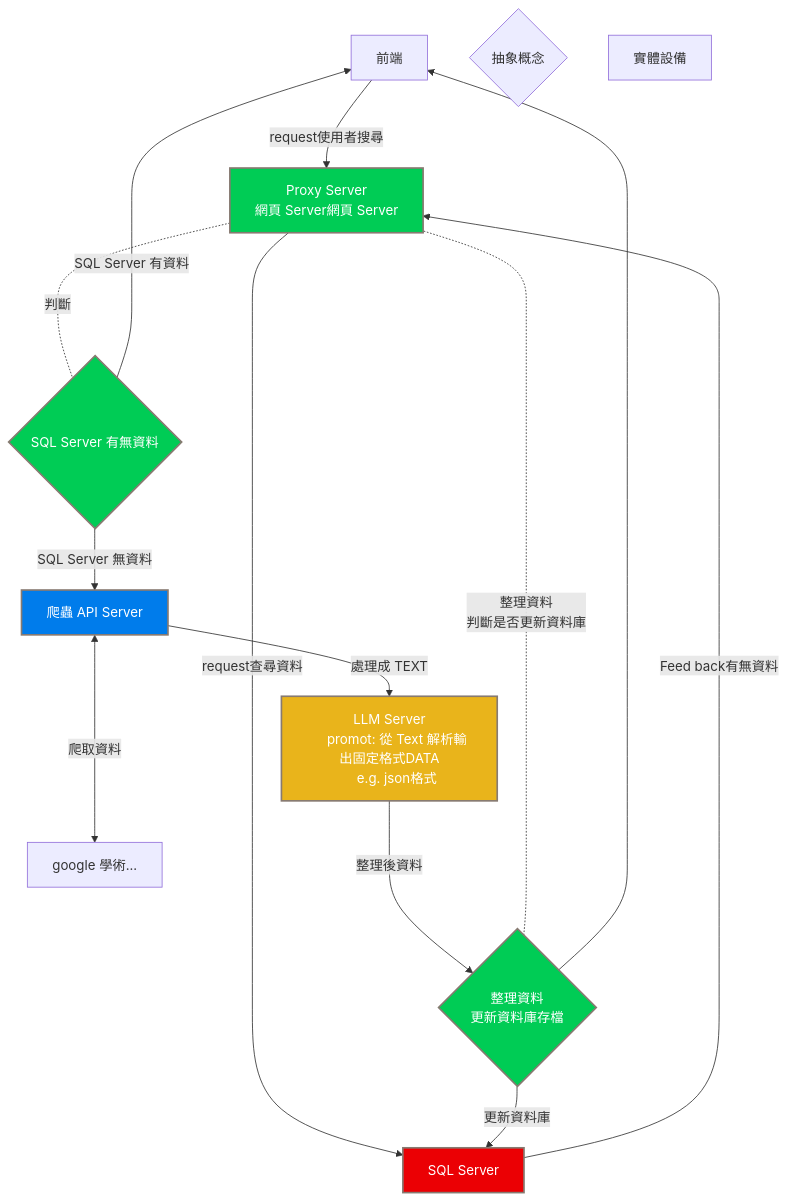
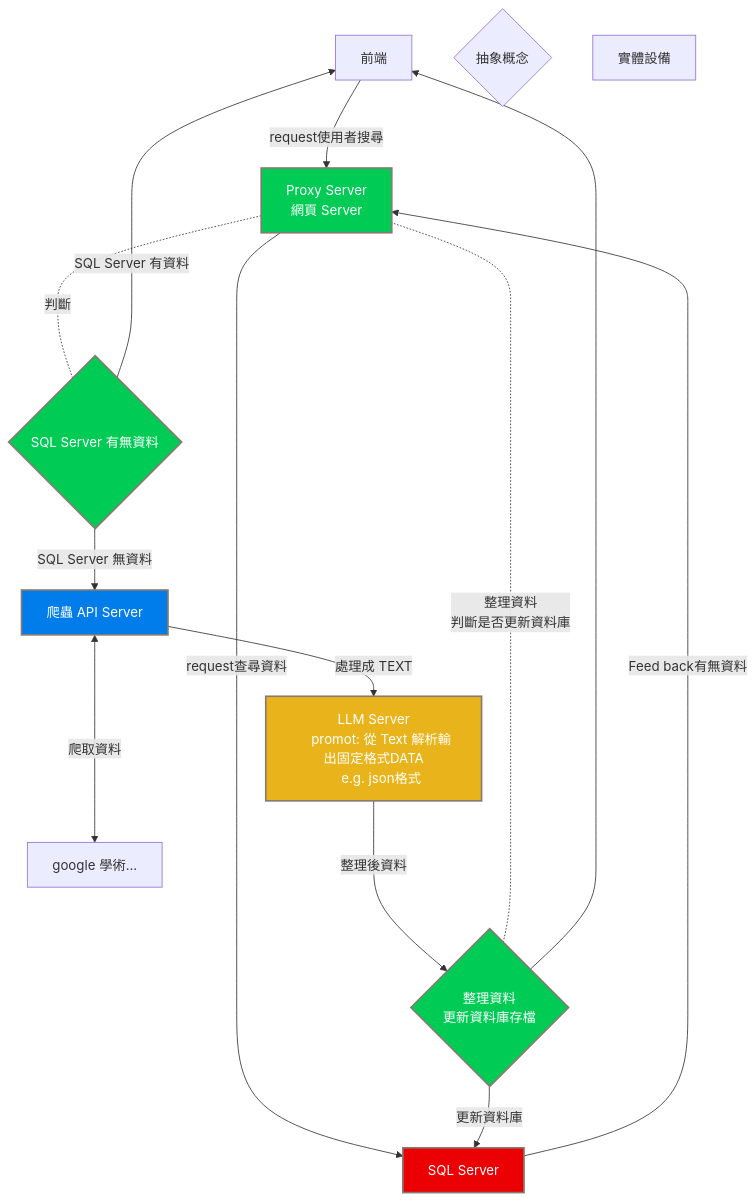
Before and after one commit to FUBUKINGFOX/promptdata: the second of 2 diagrams in README.md, drawn with Mermaid.

````diff
--- a/README.md
+++ b/README.md
@@ -22,37 +22,37 @@
 ```mermaid
 flowchart TD
 
     A[前端] -->|request使用者搜尋| B[Proxy Server
-    網頁 Server網頁 Server]
+    網頁 Server]
     B -->|request查尋資料| C[SQL Server]
     C -->|Feed back有無資料| B
     B -..- |判斷|D{SQL Server 有無資料}
     D -->|SQL Server 無資料|E[爬蟲 API Server]
     D -->|SQL Server 有資料| A
     E <--->|爬取資料| F[google 學術...]
     E --> |處理成 TEXT| G[LLM Server
     promot: 從 Text 解析輸出固定格式DATA
     e.g. json格式]
     G --->|整理後資料| H{整理資料
     更新資料庫存檔}
     H -.-|整理資料
     判斷是否更新資料庫| B
     H --> |更新資料庫|C
     H --> A
 
 
     
     style B fill:#00CC55, stroke:#877a71, stroke-width:2px, color:#ffffff
     style D fill:#00CC55, stroke:#877a71, stroke-width:2px, color:#ffffff
     style H fill:#00CC55, stroke:#877a71, stroke-width:2px, color:#ffffff
 
     
     style G fill:#e9b41b, stroke:#877a71, stroke-width:2px, color:#ffffff
 
     style C fill:#EB0004, stroke:#877a71, stroke-width:2px, color:#ffffff
 
     style E fill:#007CEB, stroke:#877a71, stroke-width:2px, color:#ffffff
 
     Z{抽象概念}
     Y[實體設備]
 ```
````
